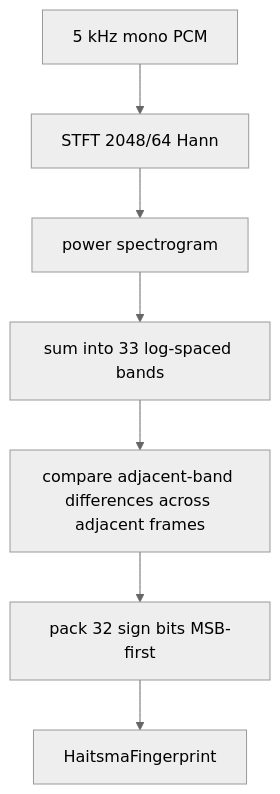
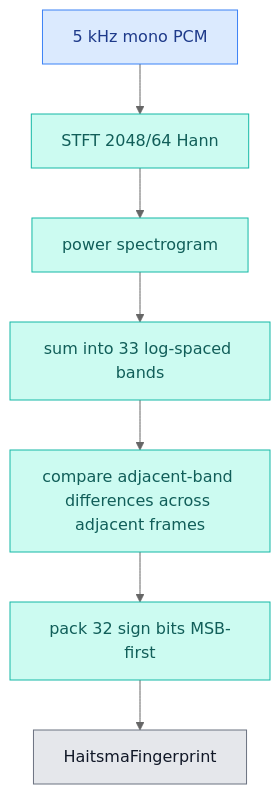
The fifth of 5 diagrams in audio.md (themankindproject/audiofp), drawn with Mermaid (neutral theme) before and after one commit. The commit also changed other lines of this file and 5 other files, not shown here.

````diff
--- a/audio.md
+++ b/audio.md
@@ -450,9 +483,17 @@
 ```mermaid
 flowchart TD
     A["5 kHz mono PCM"] --> B["STFT 2048/64 Hann"]
     B --> C["power spectrogram"]
     C --> D["sum into 33 log-spaced bands"]
     D --> E["compare adjacent-band differences across adjacent frames"]
     E --> F["pack 32 sign bits MSB-first"]
     F --> G["HaitsmaFingerprint"]
+
+    classDef input fill:#dbeafe,stroke:#3b82f6,color:#1e3a8a,stroke-width:1px;
+    classDef haitsma fill:#ccfbf1,stroke:#14b8a6,color:#115e59,stroke-width:1px;
+    classDef output fill:#e5e7eb,stroke:#6b7280,color:#111827,stroke-width:1px;
+
+    class A input;
+    class B,C,D,E,F haitsma;
+    class G output;
 ```
````
